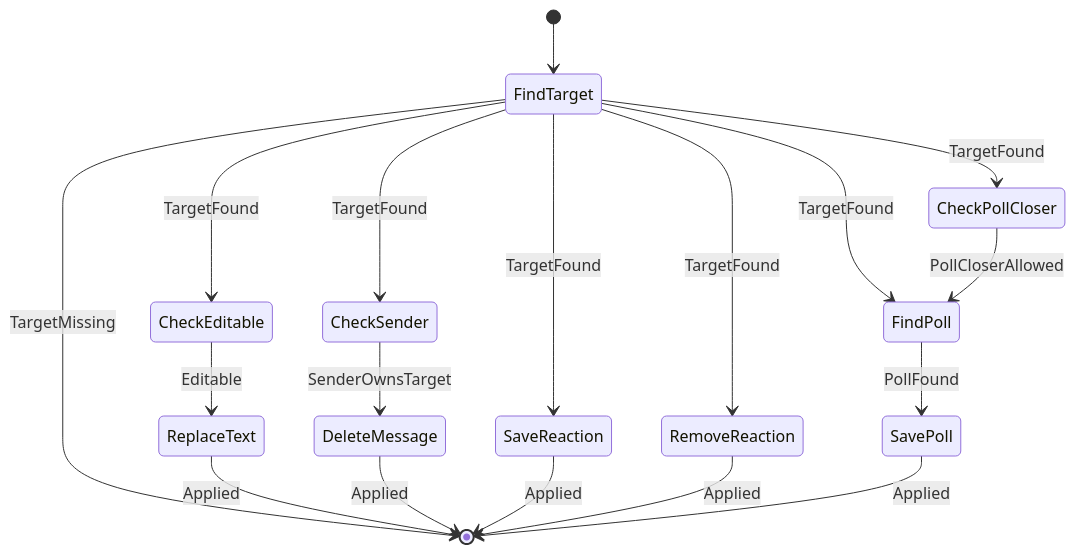
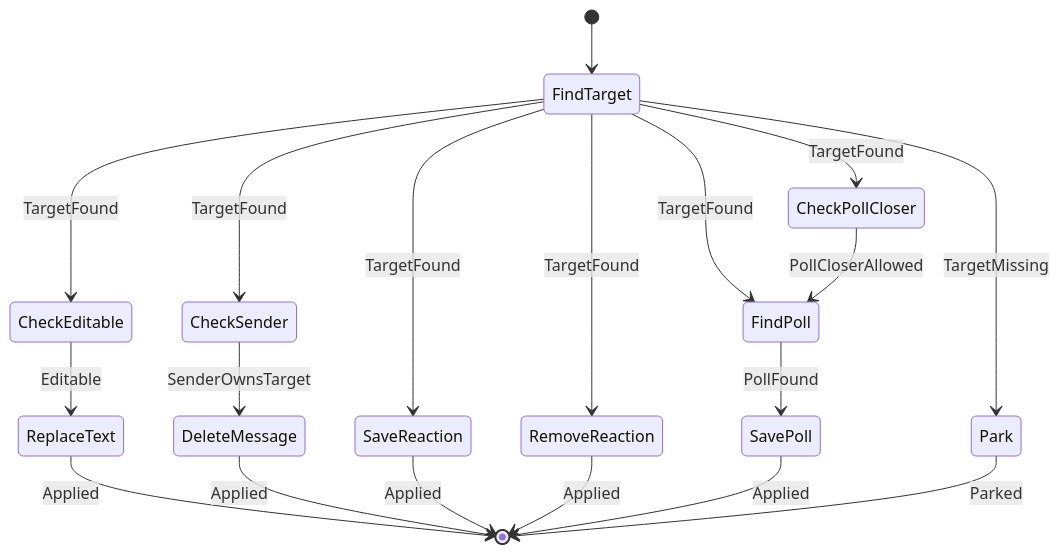
Before and after one commit to cbgm/Sparrow: diagram 27 of 31 in docs/architecture/workflows/incoming.md, drawn with Mermaid. The commit also changed other lines of this file and 36 other files, not shown here.

````diff
--- a/docs/architecture/workflows/incoming.md
+++ b/docs/architecture/workflows/incoming.md
@@ -711,20 +741,21 @@
 ```mermaid
 stateDiagram-v2
     [*] --> FindTarget
     FindTarget --> CheckEditable : TargetFound
     FindTarget --> CheckPollCloser : TargetFound
     FindTarget --> CheckSender : TargetFound
     FindTarget --> FindPoll : TargetFound
     FindTarget --> RemoveReaction : TargetFound
     FindTarget --> SaveReaction : TargetFound
-    FindTarget --> [*] : TargetMissing
+    FindTarget --> Park : TargetMissing
     CheckEditable --> ReplaceText : Editable
     ReplaceText --> [*] : Applied
     CheckSender --> DeleteMessage : SenderOwnsTarget
     DeleteMessage --> [*] : Applied
     SaveReaction --> [*] : Applied
     RemoveReaction --> [*] : Applied
     CheckPollCloser --> FindPoll : PollCloserAllowed
     FindPoll --> SavePoll : PollFound
     SavePoll --> [*] : Applied
+    Park --> [*] : Parked
 ```
````
